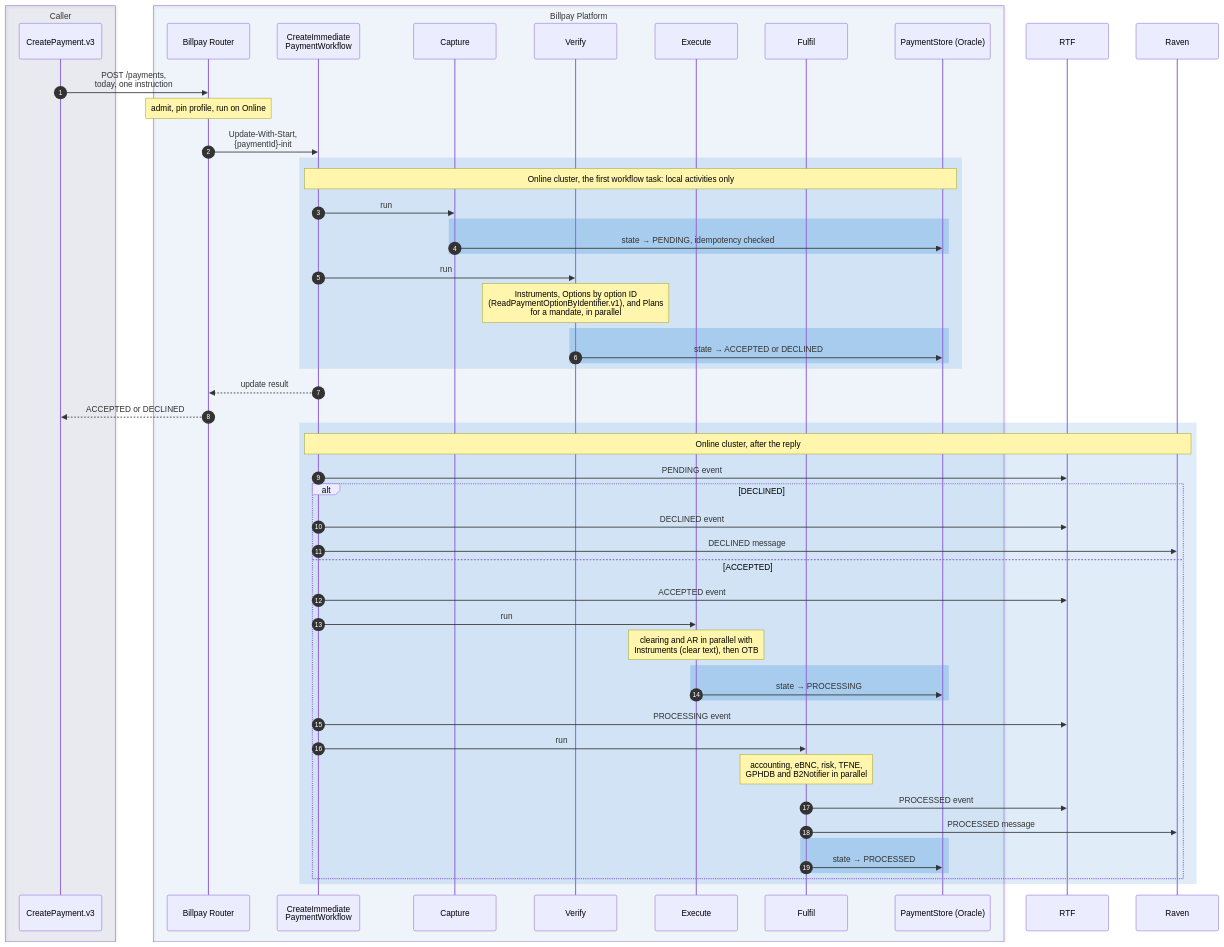
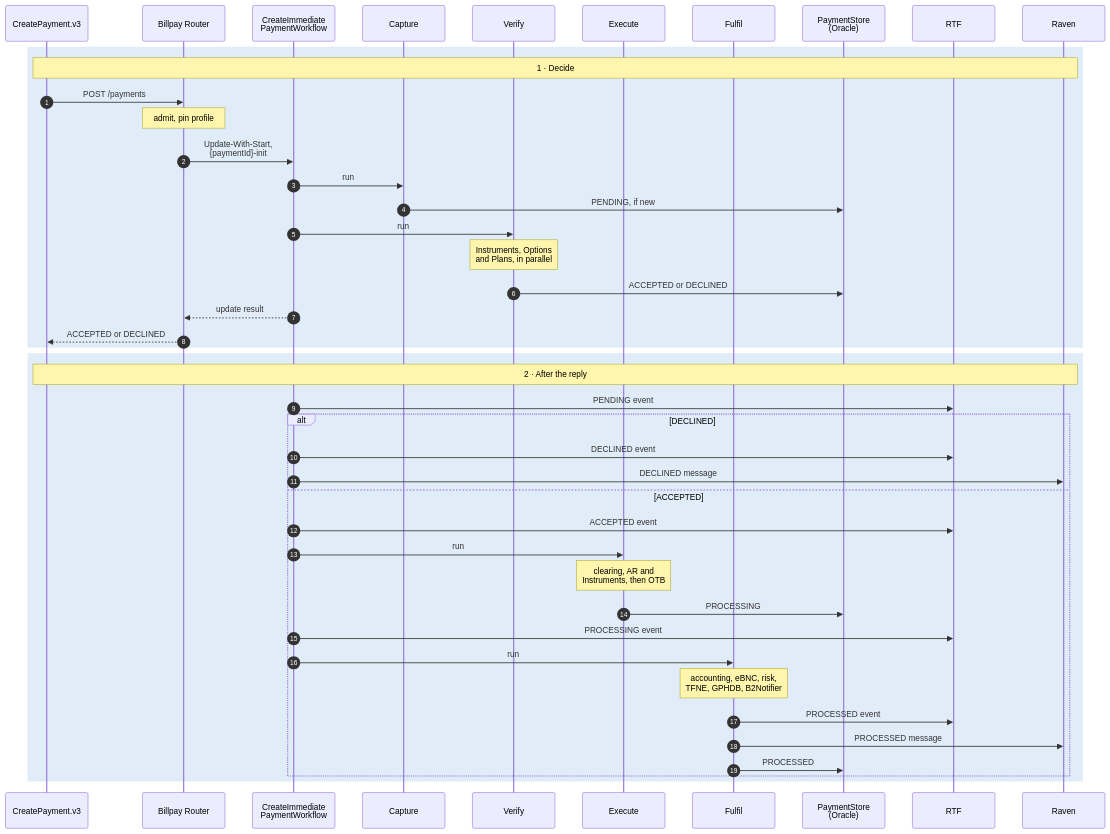
One commit to arunav-bhattacharya/billpay-book changed the first of 16 diagrams in website/docs/design/sequence-diagrams.md. Above: the diagram before and after it, drawn with Mermaid. The commit also changed other lines of this file and 43 other files, not shown here.

First line of the commit message:
One sequence-diagram style; journeys editable as YAML

````diff
--- a/website/docs/design/sequence-diagrams.md
+++ b/website/docs/design/sequence-diagrams.md
@@ -31,70 +32,54 @@
 ```mermaid
 ---
 config:
   fontFamily: "BentonSansUI, Helvetica, Arial, sans-serif"
   fontSize: 15
 ---
 sequenceDiagram
   autonumber
 
-  box rgba(0,23,90,0.07) Caller
-    participant OD as CreatePayment.v3
-  end
-
-  box rgba(0,111,207,0.05) Billpay Platform
-    participant R as Billpay Router
-    participant WF as CreateImmediate<br/>PaymentWorkflow
-    participant CAP as Capture
-    participant VER as Verify
-    participant EXE as Execute
-    participant FUL as Fulfil
-    participant PS as PaymentStore (Oracle)
-  end
-
+  participant OD as CreatePayment.v3
+  participant R as Billpay Router
+  participant WF as CreateImmediate<br/>PaymentWorkflow
+  participant CAP as Capture
+  participant VER as Verify
+  participant EXE as Execute
+  participant FUL as Fulfil
+  participant PS as PaymentStore<br/>(Oracle)
   participant RTF
   participant RAV as Raven
 
-  OD->>R: POST /payments,<br/>today, one instruction
-  Note over R: admit, pin profile, run on Online
-  R->>WF: Update-With-Start,<br/>{paymentId}-init
+  rect rgba(0,111,207,0.12)
+    Note over OD,RAV: 1 · Decide
+    OD->>R: POST /payments
+    Note over R: admit, pin profile
+    R->>WF: Update-With-Start,<br/>{paymentId}-init
+    WF->>CAP: run
+    CAP->>PS: PENDING, if new
+    WF->>VER: run
+    Note over VER: Instruments, Options<br/>and Plans, in parallel
+    VER->>PS: ACCEPTED or DECLINED
+    WF-->>R: update result
+    R-->>OD: ACCEPTED or DECLINED
+  end
 
   rect rgba(0,111,207,0.12)
-    Note over WF,PS: Online cluster, the first workflow task: local activities only
-    WF->>CAP: run
-    rect rgba(102,169,226,0.40)
-      CAP->>PS: state → PENDING, idempotency checked
-    end
-    WF->>VER: run
-    Note over VER: Instruments, Options by option ID<br/>(ReadPaymentOptionByIdentifier.v1), and Plans<br/>for a mandate, in parallel
-    rect rgba(102,169,226,0.40)
-      VER->>PS: state → ACCEPTED or DECLINED
-    end
-  end
-
-  WF-->>R: update result
-  R-->>OD: ACCEPTED or DECLINED
-
-  rect rgba(0,111,207,0.12)
-    Note over WF,RAV: Online cluster, after the reply
+    Note over OD,RAV: 2 · After the reply
     WF->>RTF: PENDING event
     alt DECLINED
       WF->>RTF: DECLINED event
       WF->>RAV: DECLINED message
     else ACCEPTED
       WF->>RTF: ACCEPTED event
       WF->>EXE: run
-      Note over EXE: clearing and AR in parallel with<br/>Instruments (clear text), then OTB
-      rect rgba(102,169,226,0.40)
-        EXE->>PS: state → PROCESSING
-      end
+      Note over EXE: clearing, AR and<br/>Instruments, then OTB
+      EXE->>PS: PROCESSING
       WF->>RTF: PROCESSING event
       WF->>FUL: run
-      Note over FUL: accounting, eBNC, risk, TFNE,<br/>GPHDB and B2Notifier in parallel
+      Note over FUL: accounting, eBNC, risk,<br/>TFNE, GPHDB, B2Notifier
       FUL->>RTF: PROCESSED event
       FUL->>RAV: PROCESSED message
-      rect rgba(102,169,226,0.40)
-        FUL->>PS: state → PROCESSED
-      end
+      FUL->>PS: PROCESSED
     end
   end
 ```
````
